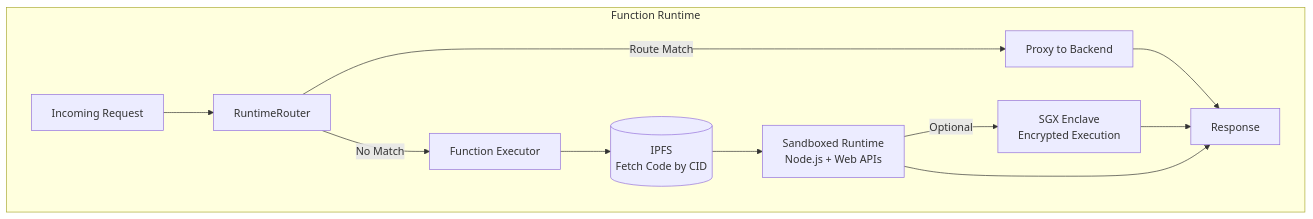
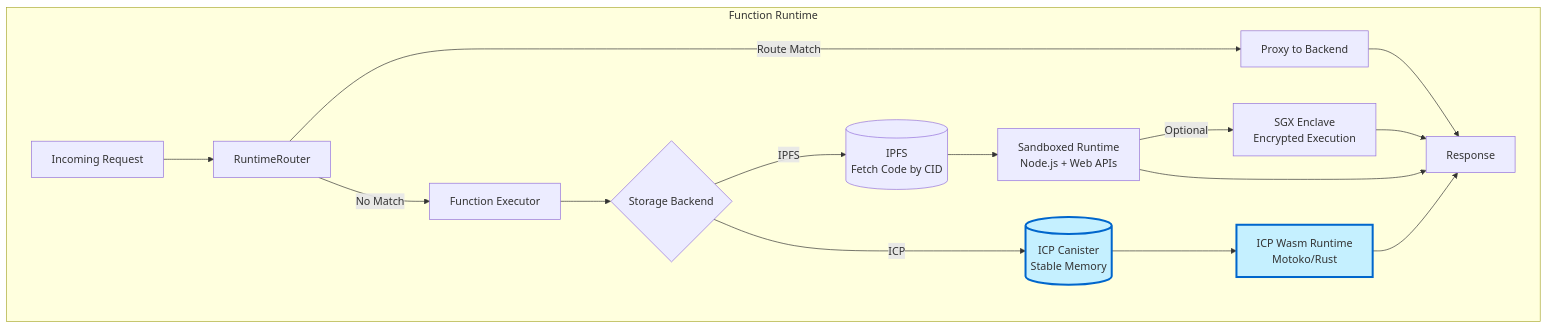
One commit to alternatefutures/.github changed the fifth of 18 diagrams in TECHNICAL_ARCHITECTURE.md. Above: the diagram before and after it, drawn with Mermaid. The commit also changed other lines of this file, not shown here.

First line of the commit message:
feat: integrate Internet Computer (ICP) into architecture

````diff
--- a/TECHNICAL_ARCHITECTURE.md
+++ b/TECHNICAL_ARCHITECTURE.md
@@ -316,16 +358,24 @@
 ```mermaid
 graph TB
     subgraph "Function Runtime"
         Request[Incoming Request] --> Router[RuntimeRouter]
         Router -->|Route Match| Proxy[Proxy to Backend]
         Router -->|No Match| Executor[Function Executor]
         
-        Executor --> IPFS[(IPFS<br/>Fetch Code by CID)]
+        Executor --> StorageChoice{Storage Backend}
+        StorageChoice -->|IPFS| IPFS[(IPFS<br/>Fetch Code by CID)]
+        StorageChoice -->|ICP| ICPStorage[(ICP Canister<br/>Stable Memory)]
+        
         IPFS --> Runtime[Sandboxed Runtime<br/>Node.js + Web APIs]
+        ICPStorage --> ICPRuntime[ICP Wasm Runtime<br/>Motoko/Rust]
         Runtime -->|Optional| SGX[SGX Enclave<br/>Encrypted Execution]
         
         Runtime --> Response[Response]
+        ICPRuntime --> Response
         Proxy --> Response
         SGX --> Response
     end
+    
+    style ICPStorage fill:#c5f0ff,stroke:#0066cc,stroke-width:3px
+    style ICPRuntime fill:#c5f0ff,stroke:#0066cc,stroke-width:3px
 ```
````
